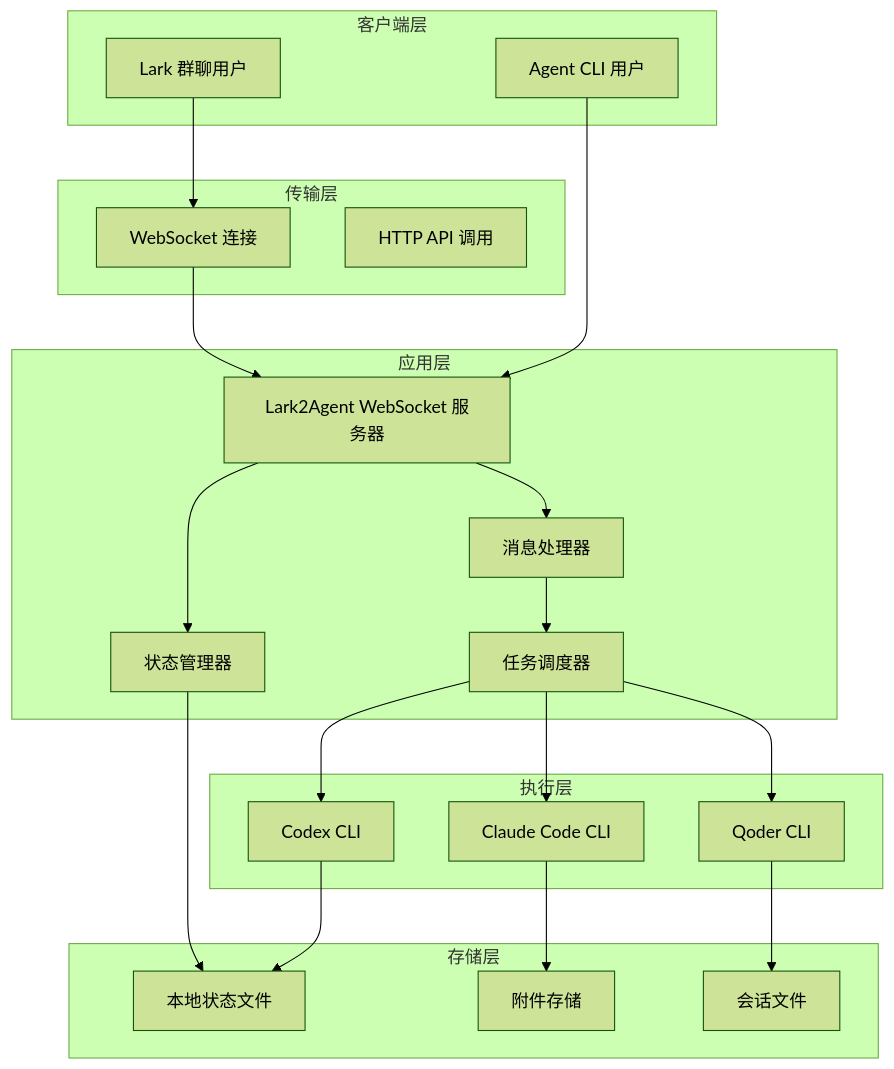
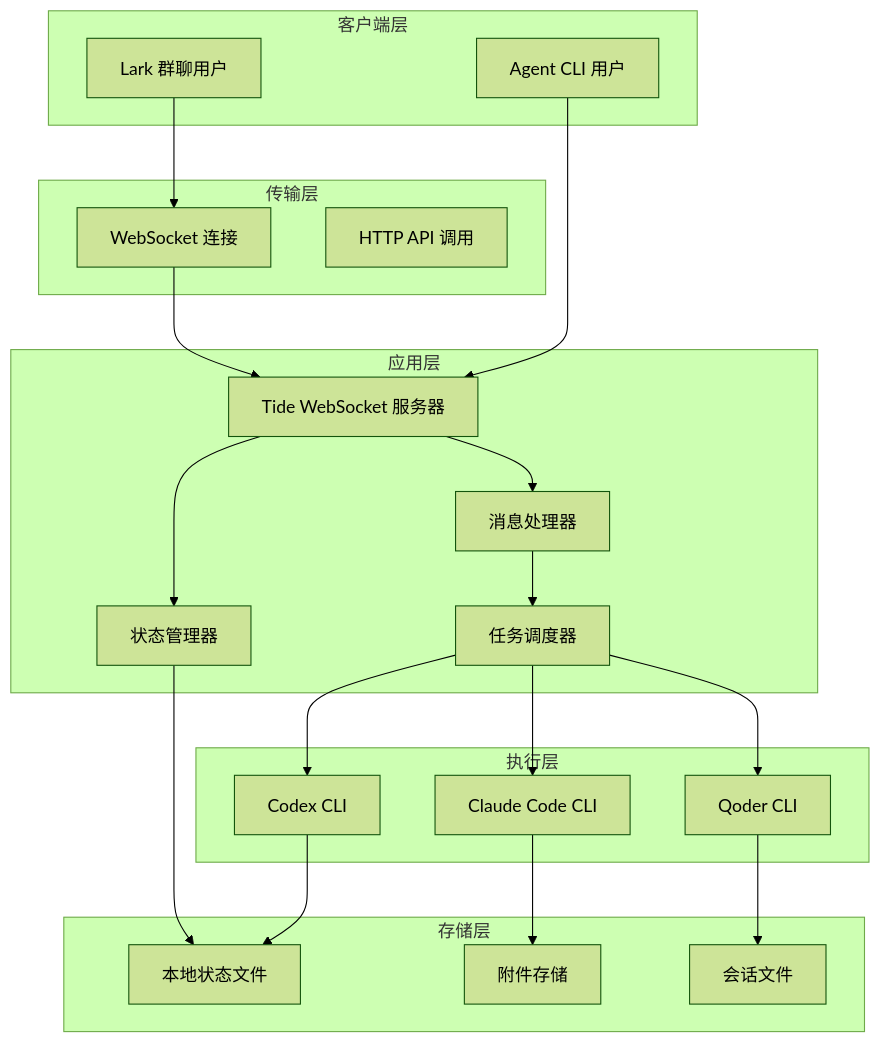
The second of 8 diagrams in .qoder/repowiki/zh/content/快速开始.md (winditer/tide), drawn with Mermaid (forest theme) before and after one commit. The commit also changed other lines of this file and 260 other files, not shown here.

````diff
--- a/.qoder/repowiki/zh/content/快速开始.md
+++ b/.qoder/repowiki/zh/content/快速开始.md
@@ -147,40 +147,40 @@
 ```mermaid
 graph TB
 subgraph "客户端层"
 A[Lark 群聊用户]
 B[Agent CLI 用户]
 end
 subgraph "传输层"
 C[WebSocket 连接]
 D[HTTP API 调用]
 end
 subgraph "应用层"
-E[Lark2Agent WebSocket 服务器]
+E[Tide WebSocket 服务器]
 F[消息处理器]
 G[任务调度器]
 H[状态管理器]
 end
 subgraph "执行层"
 I[Codex CLI]
 J[Claude Code CLI]
 K[Qoder CLI]
 end
 subgraph "存储层"
 L[本地状态文件]
 M[附件存储]
 N[会话文件]
 end
 A --> C
 B --> E
 C --> E
 E --> F
 F --> G
 G --> I
 G --> J
 G --> K
 I --> L
 J --> M
 K --> N
 E --> H
 H --> L
 ```
````
